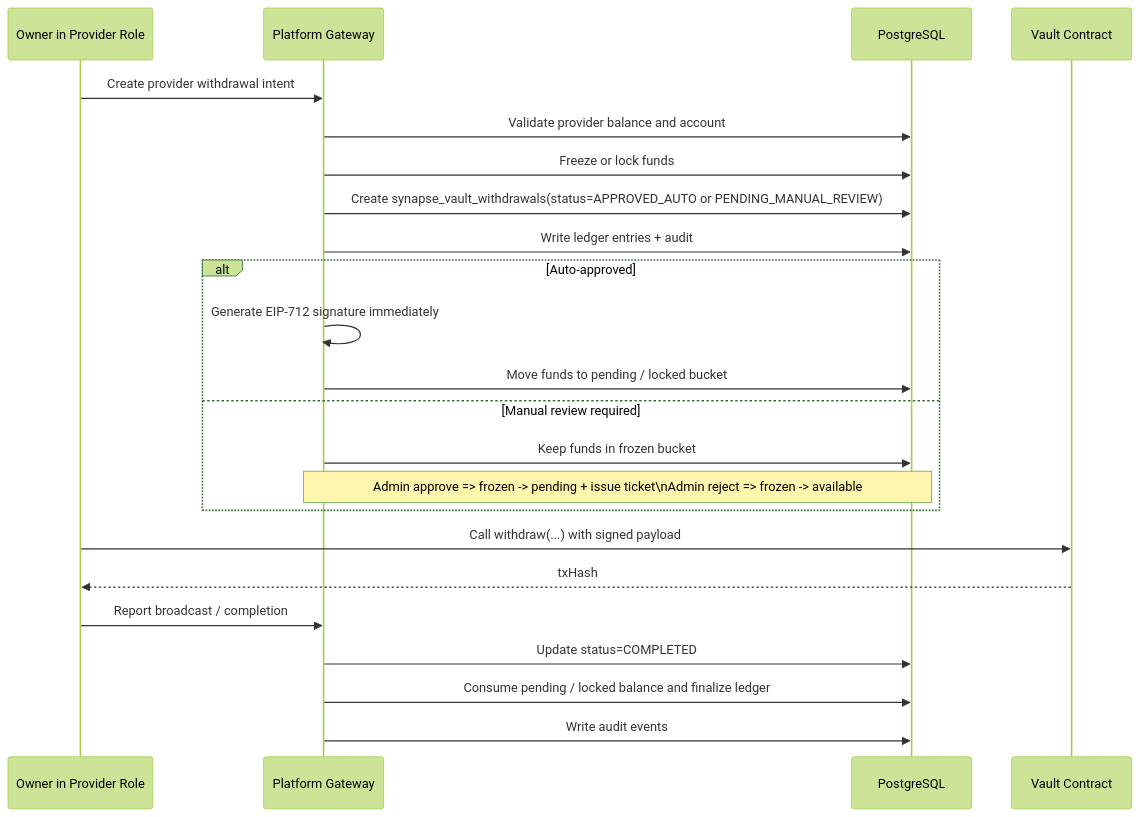
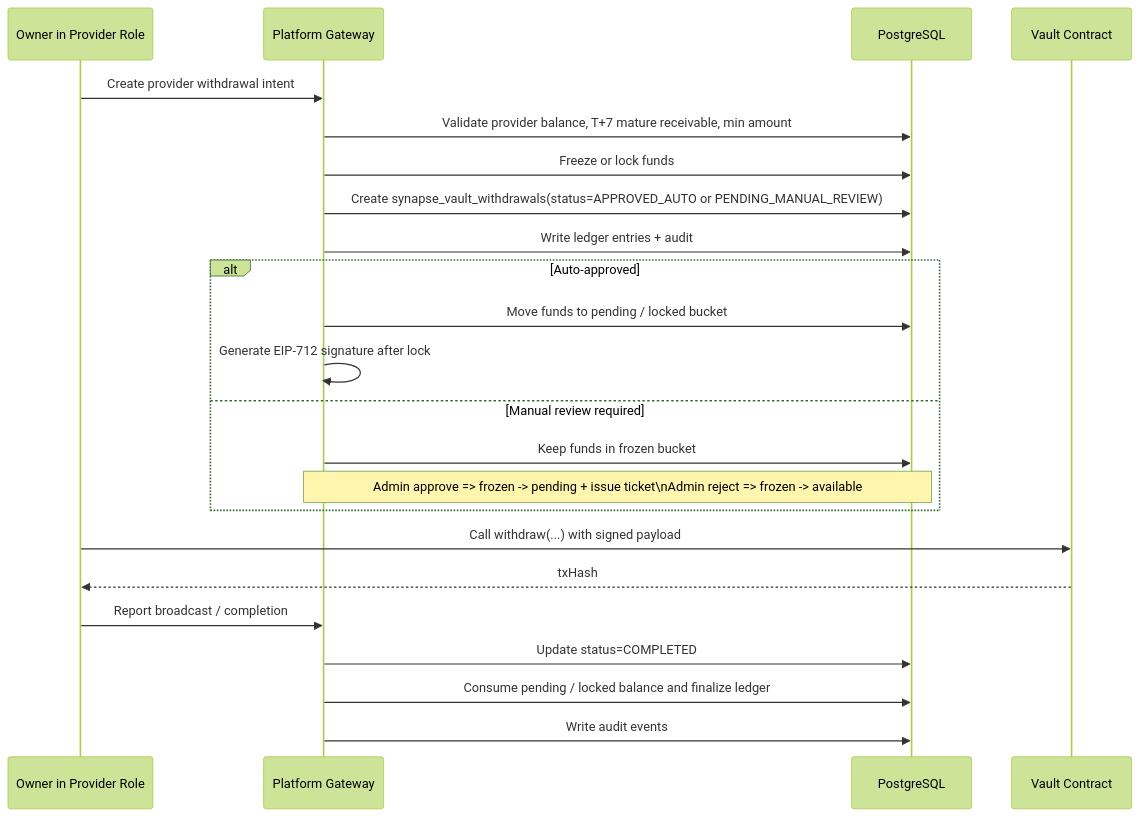
One commit to SynapseNetworkAI/Synapse-Network changed the diagram in docs/architecture/workflows/05_Withdrawal_and_Risk_Gates.md. Above: the diagram before and after it, drawn with Mermaid (forest theme). The commit also changed other lines of this file and 53 other files, not shown here.

````diff
--- a/docs/architecture/workflows/05_Withdrawal_and_Risk_Gates.md
+++ b/docs/architecture/workflows/05_Withdrawal_and_Risk_Gates.md
@@ -104,26 +112,26 @@
 ```mermaid
 sequenceDiagram
     participant O as Owner in Provider Role
     participant G as Platform Gateway
     participant DB as PostgreSQL
     participant V as Vault Contract
 
     O->>G: Create provider withdrawal intent
-    G->>DB: Validate provider balance and account
+    G->>DB: Validate provider balance, T+7 mature receivable, min amount
    G->>DB: Freeze or lock funds
    G->>DB: Create synapse_vault_withdrawals(status=APPROVED_AUTO or PENDING_MANUAL_REVIEW)
    G->>DB: Write ledger entries + audit
    alt Auto-approved
-      G->>G: Generate EIP-712 signature immediately
       G->>DB: Move funds to pending / locked bucket
+      G->>G: Generate EIP-712 signature after lock
    else Manual review required
       G->>DB: Keep funds in frozen bucket
       Note over G,DB: Admin approve => frozen -> pending + issue ticket\nAdmin reject => frozen -> available
    end
     O->>V: Call withdraw(...) with signed payload
     V-->>O: txHash
     O->>G: Report broadcast / completion
    G->>DB: Update status=COMPLETED
    G->>DB: Consume pending / locked balance and finalize ledger
     G->>DB: Write audit events
 ```
````
